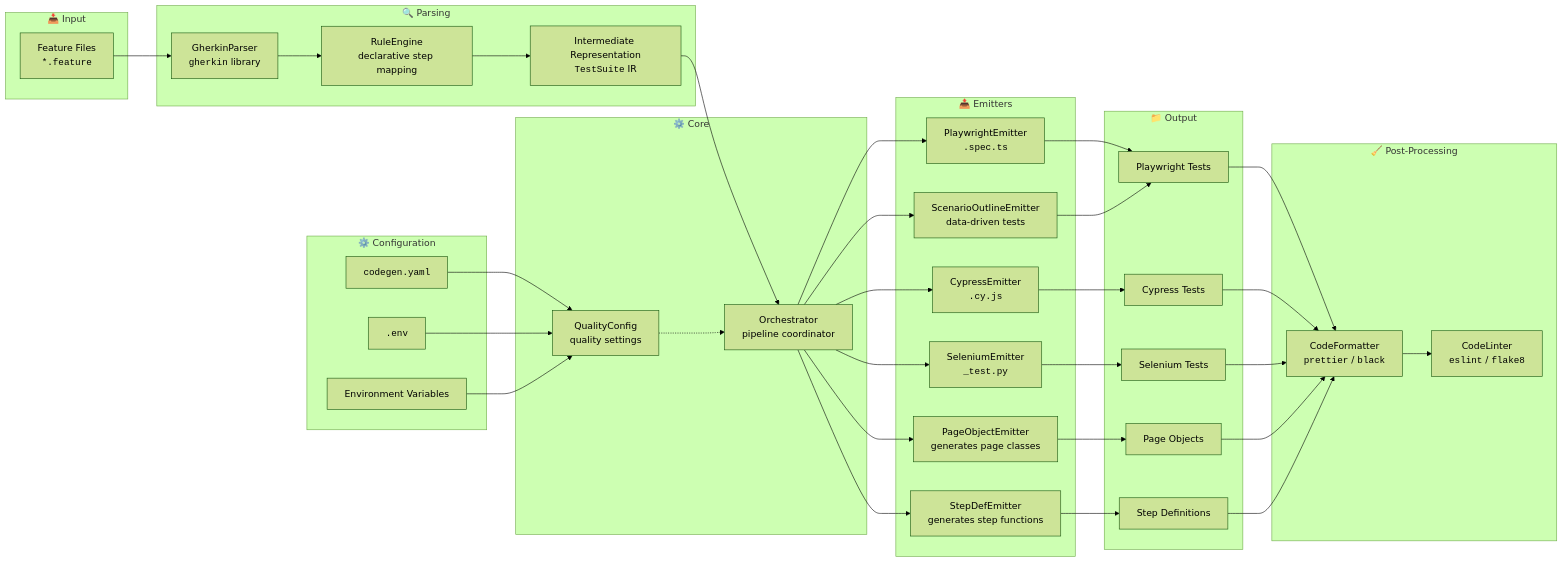
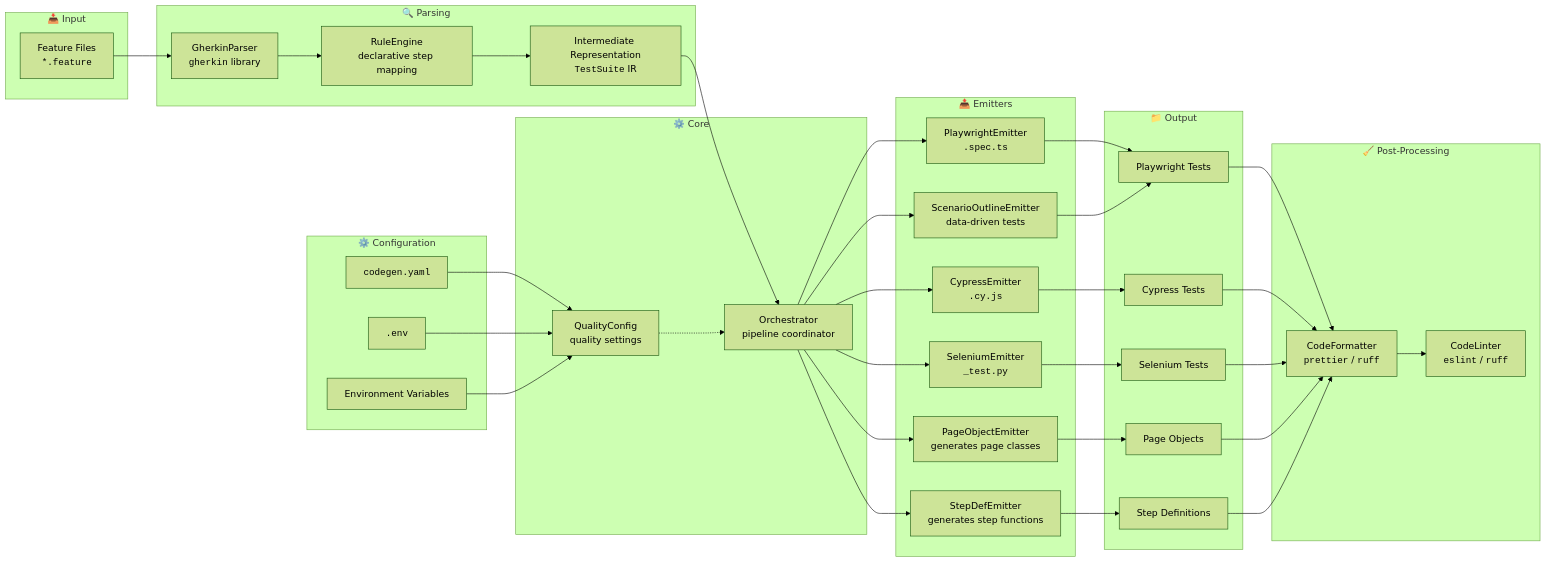
The second of 2 diagrams in antinode_norma/codegen/README.md (bmrtech-oss/antinode-norma), drawn with Mermaid (forest theme) before and after one commit. The commit also changed other lines of this file and 63 other files, not shown here.

````diff
--- a/antinode_norma/codegen/README.md
+++ b/antinode_norma/codegen/README.md
@@ -41,75 +41,75 @@
 ```mermaid
 flowchart LR
     subgraph Input["📥 Input"]
         A[Feature Files<br/><code>*.feature</code>]
     end
 
     subgraph Parsing["🔍 Parsing"]
         B[GherkinParser<br/><code>gherkin</code> library]
         C[RuleEngine<br/>declarative step mapping]
         D[Intermediate Representation<br/><code>TestSuite</code> IR]
     end
 
     subgraph Core["⚙️ Core"]
         E[Orchestrator<br/>pipeline coordinator]
         F[QualityConfig<br/>quality settings]
     end
 
     subgraph Emitters["📤 Emitters"]
         G1[PlaywrightEmitter<br/><code>.spec.ts</code>]
         G2[CypressEmitter<br/><code>.cy.js</code>]
         G3[SeleniumEmitter<br/><code>_test.py</code>]
         G4[PageObjectEmitter<br/>generates page classes]
         G5[StepDefEmitter<br/>generates step functions]
         G6[ScenarioOutlineEmitter<br/>data‑driven tests]
     end
 
     subgraph PostProc["🧹 Post‑Processing"]
-        H1[CodeFormatter<br/><code>prettier</code> / <code>black</code>]
-        H2[CodeLinter<br/><code>eslint</code> / <code>flake8</code>]
+        H1[CodeFormatter<br/><code>prettier</code> / <code>ruff</code>]
+        H2[CodeLinter<br/><code>eslint</code> / <code>ruff</code>]
     end
 
     subgraph Output["📁 Output"]
         I1[Playwright Tests]
         I2[Cypress Tests]
         I3[Selenium Tests]
         I4[Page Objects]
         I5[Step Definitions]
     end
 
     subgraph Config["⚙️ Configuration"]
         J1[<code>codegen.yaml</code>]
         J2[<code>.env</code>]
         J3[Environment Variables]
     end
 
     A --> B
     B --> C
     C --> D
     D --> E
     F -.-> E
     E --> G1
     E --> G2
     E --> G3
     E --> G4
     E --> G5
     E --> G6
 
     G1 --> I1
     G2 --> I2
     G3 --> I3
     G4 --> I4
     G5 --> I5
     G6 --> I1
 
     I1 --> H1
     I2 --> H1
     I3 --> H1
     I4 --> H1
     I5 --> H1
     H1 --> H2
 
     J1 --> F
     J2 --> F
     J3 --> F
 ```
````
